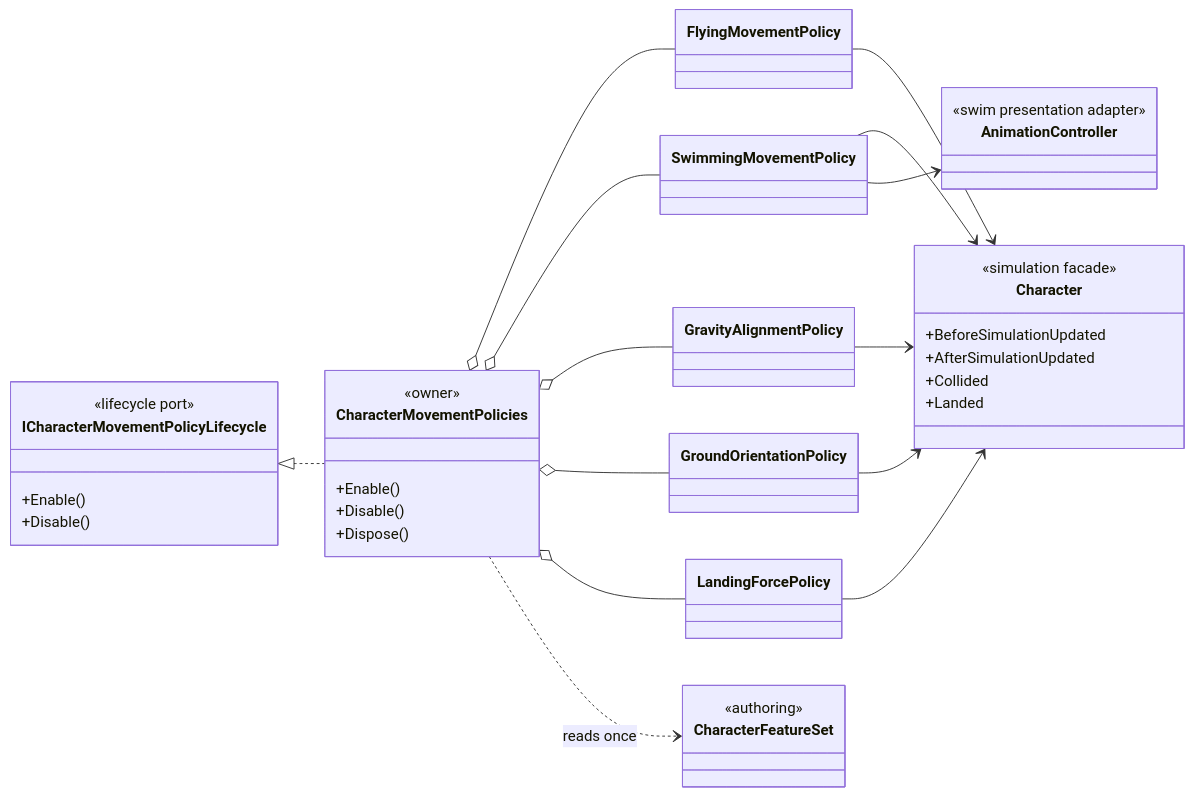
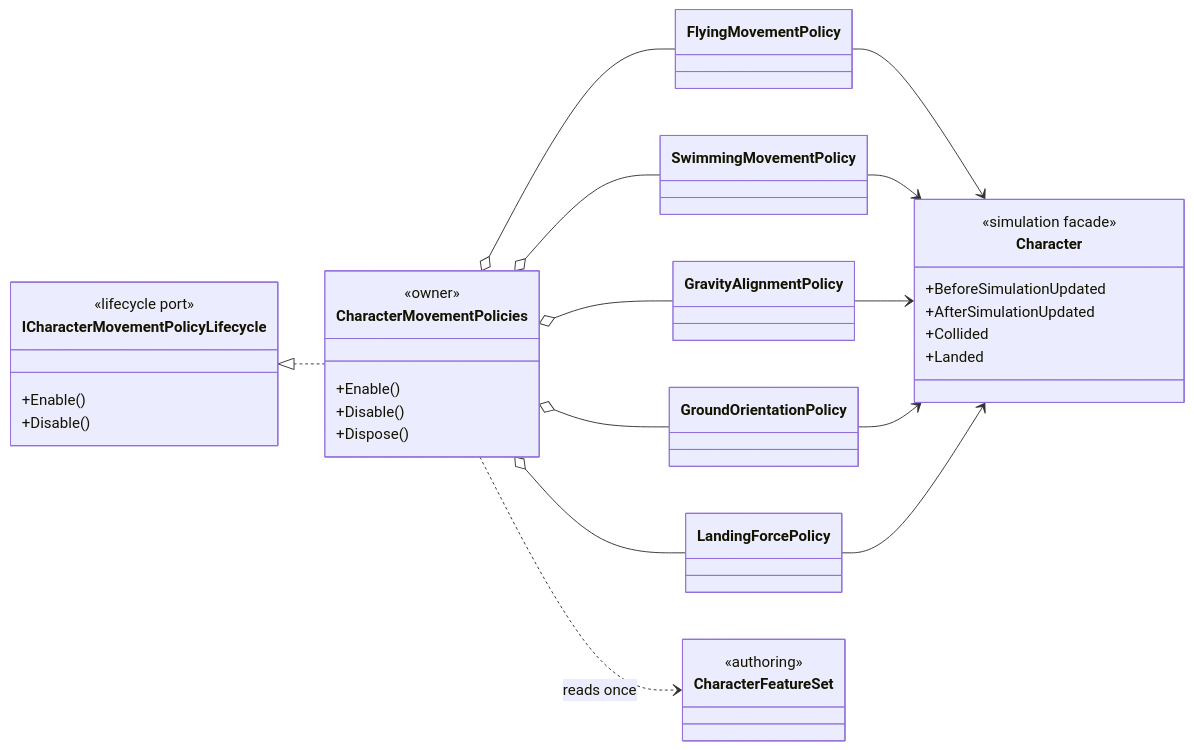
Before and after one commit to MaximFonariuc/project-s: the diagram in Docs/Architecture/Character.MovementPolicies.md, drawn with Mermaid. The commit also changed other lines of this file and 12535 other files, not shown here.

Commit message:
refactor core architecture and clean project assets

````diff
--- a/Docs/Architecture/Character.MovementPolicies.md
+++ b/Docs/Architecture/Character.MovementPolicies.md
@@ -9,48 +9,44 @@
 ```mermaid
 classDiagram
     direction LR
 
     class ICharacterMovementPolicyLifecycle {
         <<lifecycle port>>
         +Enable()
         +Disable()
     }
     class CharacterMovementPolicies {
         <<owner>>
         +Enable()
         +Disable()
         +Dispose()
     }
     class FlyingMovementPolicy
     class SwimmingMovementPolicy
     class GravityAlignmentPolicy
     class GroundOrientationPolicy
     class LandingForcePolicy
     class Character {
         <<simulation facade>>
         +BeforeSimulationUpdated
         +AfterSimulationUpdated
         +Collided
         +Landed
     }
-    class AnimationController {
-        <<swim presentation adapter>>
-    }
     class CharacterFeatureSet {
         <<authoring>>
     }
 
     ICharacterMovementPolicyLifecycle <|.. CharacterMovementPolicies
     CharacterMovementPolicies o-- FlyingMovementPolicy
     CharacterMovementPolicies o-- SwimmingMovementPolicy
     CharacterMovementPolicies o-- GravityAlignmentPolicy
     CharacterMovementPolicies o-- GroundOrientationPolicy
     CharacterMovementPolicies o-- LandingForcePolicy
     FlyingMovementPolicy --> Character
     SwimmingMovementPolicy --> Character
-    SwimmingMovementPolicy --> AnimationController
     GravityAlignmentPolicy --> Character
     GroundOrientationPolicy --> Character
     LandingForcePolicy --> Character
     CharacterMovementPolicies ..> CharacterFeatureSet : reads once
 ```
````
